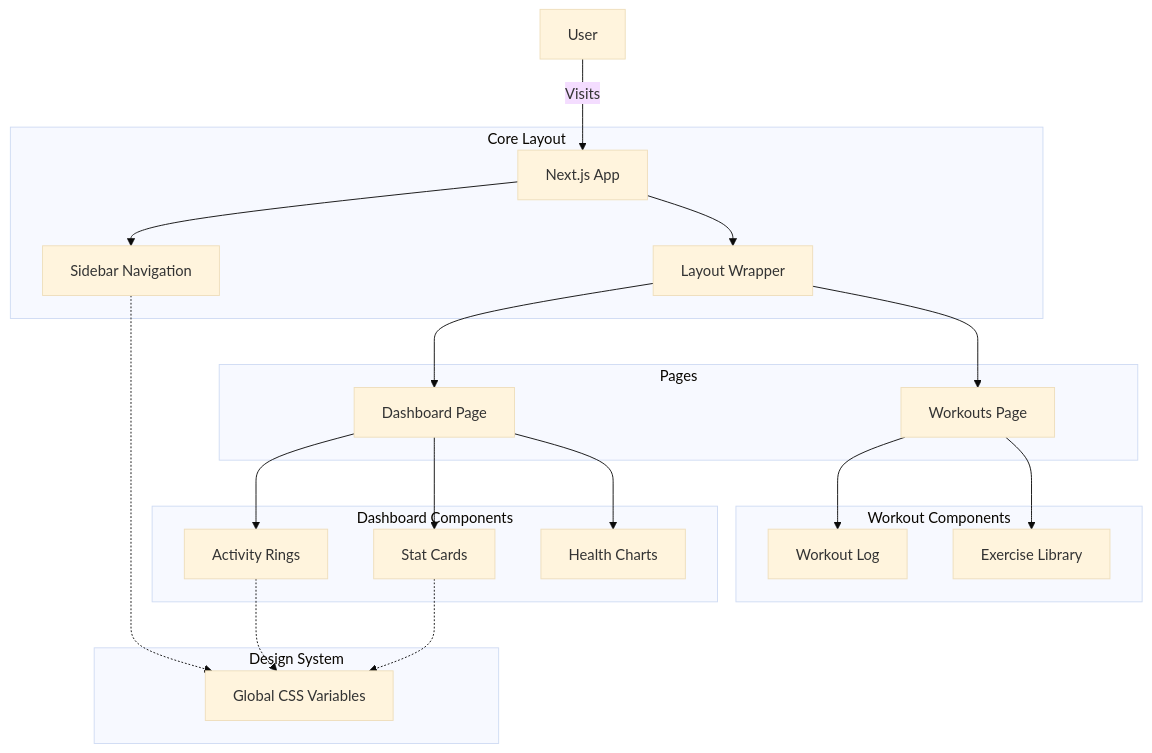
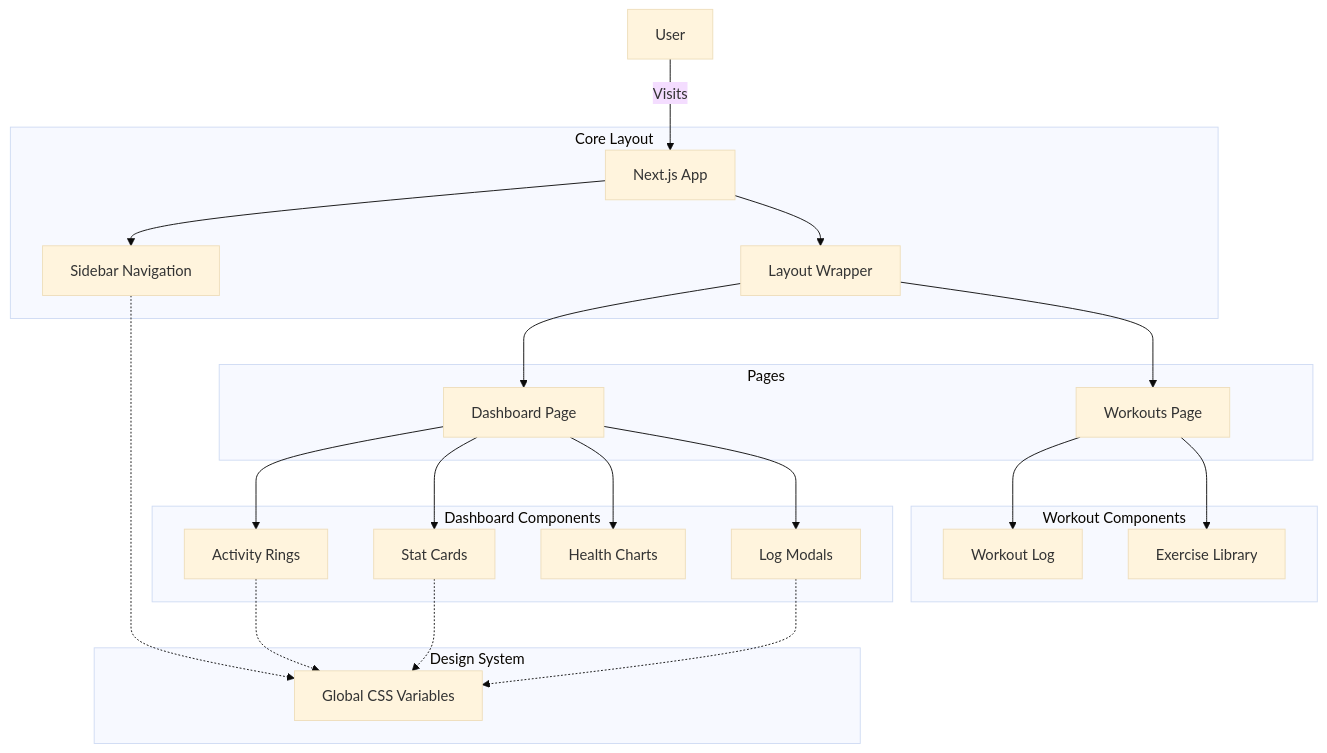
One commit to PriyankaSDaida/premium-fitness-tracker changed the diagram in README.md. Above: the diagram before and after it, drawn with Mermaid (base theme). The commit also changed other lines of this file and 9 other files, not shown here.

First line of the commit message:
Add health and settings pages, log modal, and dashboard enhancements (#3)

````diff
--- a/README.md
+++ b/README.md
@@ -32,31 +35,33 @@
 ```mermaid
 graph TD
     User[User] -->|Visits| App[Next.js App]
     
     subgraph "Core Layout"
         App --> Sidebar[Sidebar Navigation]
         App --> Layout[Layout Wrapper]
     end
 
     subgraph "Pages"
         Layout --> Dashboard[Dashboard Page]
         Layout --> Workouts[Workouts Page]
     end
 
     subgraph "Dashboard Components"
         Dashboard --> ActivityRings[Activity Rings]
         Dashboard --> StatCards[Stat Cards]
         Dashboard --> HealthCharts[Health Charts]
+        Dashboard --> Modals[Log Modals]
     end
 
     subgraph "Workout Components"
         Workouts --> WorkoutList[Workout Log]
         Workouts --> ExerciseLib[Exercise Library]
     end
 
     subgraph "Design System"
         Sidebar -.-> CSS[Global CSS Variables]
         ActivityRings -.-> CSS
         StatCards -.-> CSS
+        Modals -.-> CSS
     end
 ```
````
